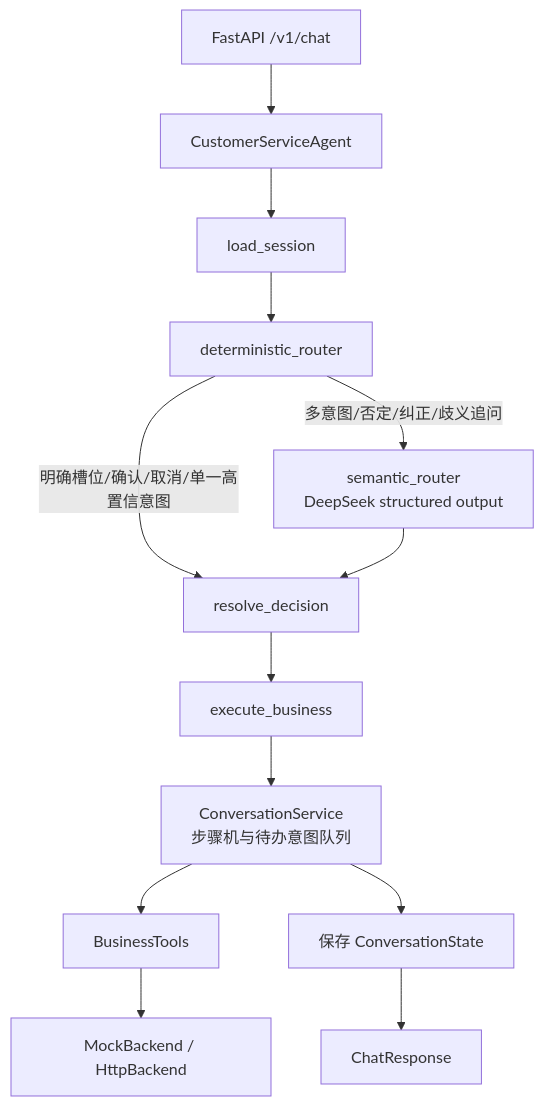
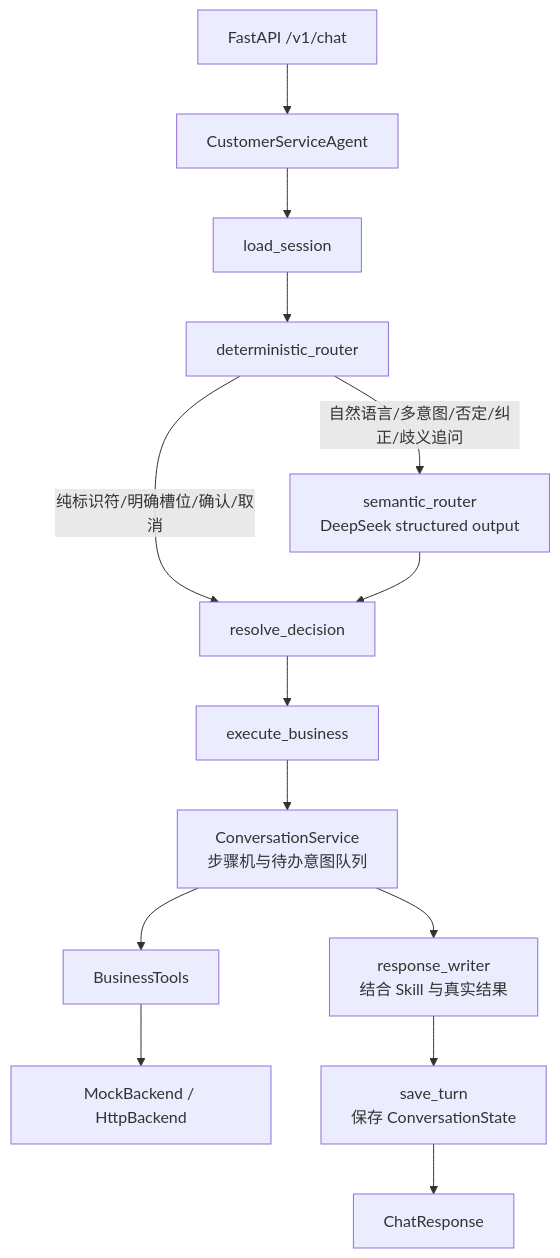
One commit to Wayne-on/Chatbot changed the diagram in docs/architecture.md. Above: the diagram before and after it, drawn with Mermaid. The commit also changed other lines of this file and 17 other files, not shown here.

````diff
--- a/docs/architecture.md
+++ b/docs/architecture.md
@@ -3,15 +3,16 @@
 ```mermaid
 flowchart TD
     A[FastAPI /v1/chat] --> B[CustomerServiceAgent]
     B --> C[load_session]
     C --> D[deterministic_router]
-    D -->|明确槽位/确认/取消/单一高置信意图| F[resolve_decision]
-    D -->|多意图/否定/纠正/歧义追问| E[semantic_router<br/>DeepSeek structured output]
+    D -->|纯标识符/明确槽位/确认/取消| F[resolve_decision]
+    D -->|自然语言/多意图/否定/纠正/歧义追问| E[semantic_router<br/>DeepSeek structured output]
     E --> F
     F --> G[execute_business]
     G --> H[ConversationService<br/>步骤机与待办意图队列]
     H --> I[BusinessTools]
     I --> J[MockBackend / HttpBackend]
-    H --> K[保存 ConversationState]
-    K --> L[ChatResponse]
+    H --> K[response_writer<br/>结合 Skill 与真实结果]
+    K --> L[save_turn<br/>保存 ConversationState]
+    L --> M[ChatResponse]
 ```
````
